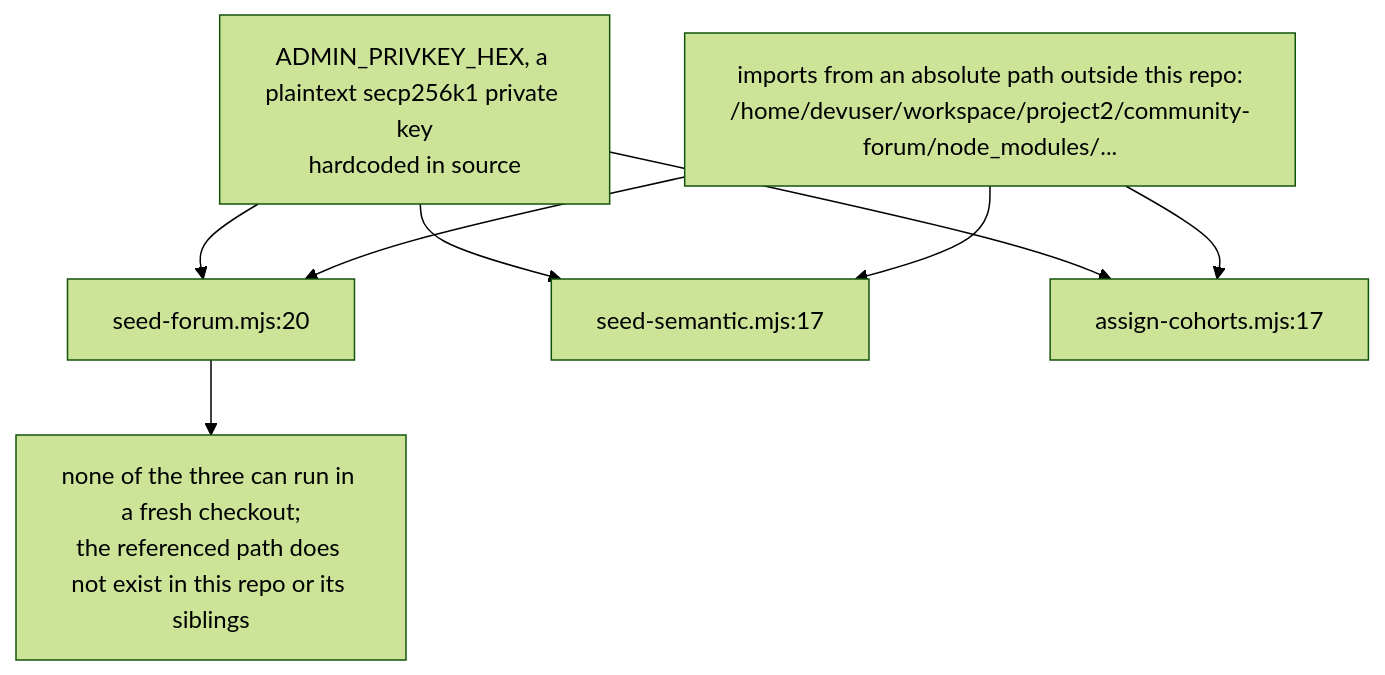
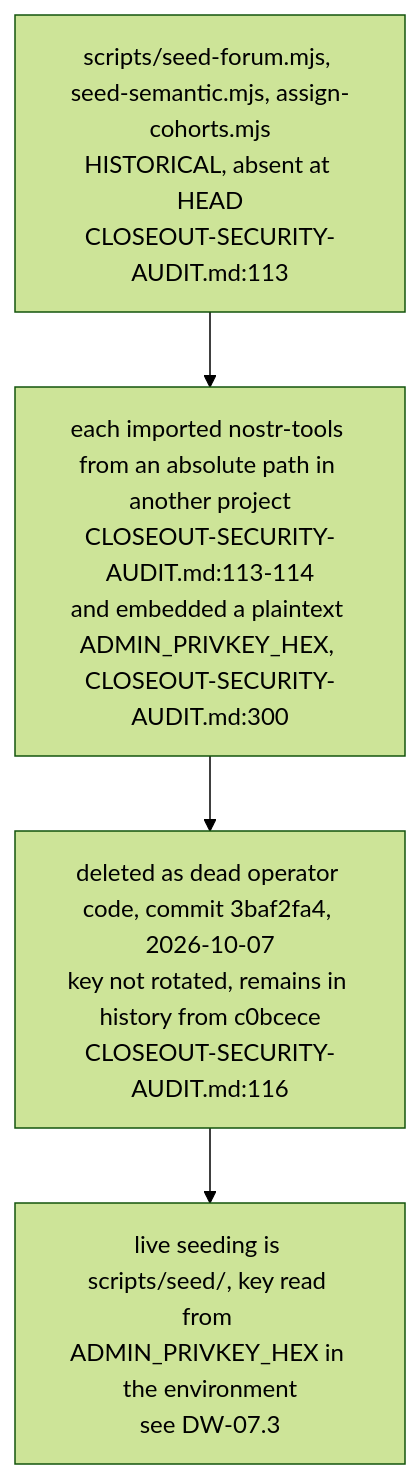
Before and after one commit to DreamLab-AI/VisionFlow: the first of 5 diagrams in docs/diagrams/dreamlab-ai-website/07-forum-provisioning-and-seeding.md, drawn with Mermaid (forest theme). The commit also changed other lines of this file and 80 other files, not shown here.

First line of the commit message:
docs(diagrams): re-verify the agentbox, dreamlab, estate and visionflow corpus against current sources

````diff
--- a/docs/diagrams/dreamlab-ai-website/07-forum-provisioning-and-seeding.md
+++ b/docs/diagrams/dreamlab-ai-website/07-forum-provisioning-and-seeding.md
@@ -36,10 +34,6 @@
 ```mermaid
 flowchart TB
-    KEY["ADMIN_PRIVKEY_HEX, a plaintext secp256k1 private key<br/>hardcoded in source"] --> F1["seed-forum.mjs:20"]
-    KEY --> F2["seed-semantic.mjs:17"]
-    KEY --> F3["assign-cohorts.mjs:17"]
-    IMPORT["imports from an absolute path outside this repo:<br/>/home/devuser/workspace/project2/community-forum/node_modules/..."] --> F1
-    IMPORT --> F2
-    IMPORT --> F3
-    F1 --> RESULT["none of the three can run in a fresh checkout;<br/>the referenced path does not exist in this repo or its siblings"]
+    OLD["scripts/seed-forum.mjs, seed-semantic.mjs, assign-cohorts.mjs<br/>HISTORICAL, absent at HEAD<br/>CLOSEOUT-SECURITY-AUDIT.md:113"] --> KEY["each imported nostr-tools from an absolute path in another project<br/>CLOSEOUT-SECURITY-AUDIT.md:113-114<br/>and embedded a plaintext ADMIN_PRIVKEY_HEX, CLOSEOUT-SECURITY-AUDIT.md:300"]
+    KEY --> GONE["deleted as dead operator code, commit 3baf2fa4, 2026-10-07<br/>key not rotated, remains in history from c0bcece<br/>CLOSEOUT-SECURITY-AUDIT.md:116"]
+    GONE --> LIVE["live seeding is scripts/seed/, key read from ADMIN_PRIVKEY_HEX in the environment<br/>see DW-07.3"]
 ```
````
